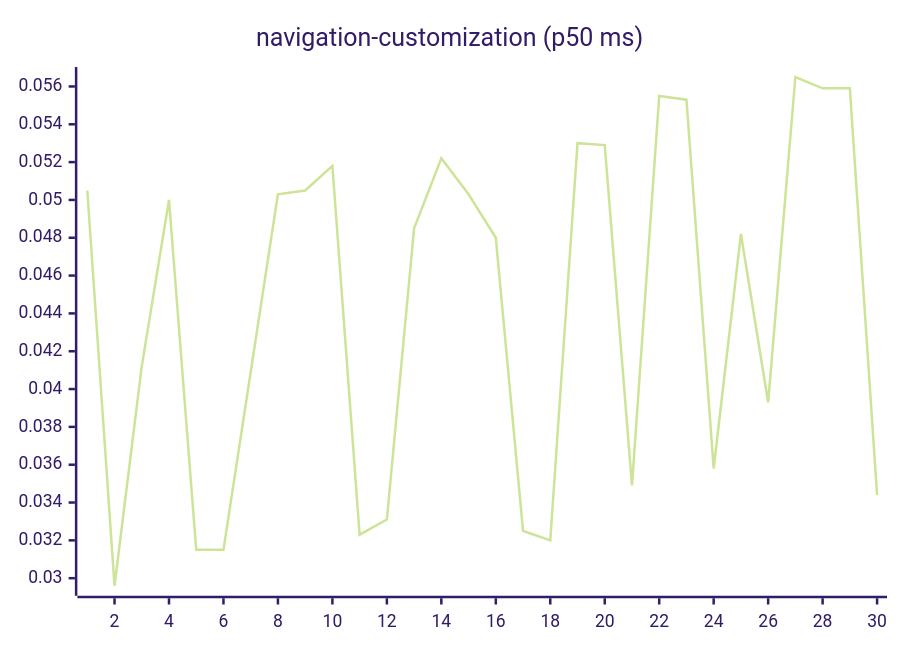
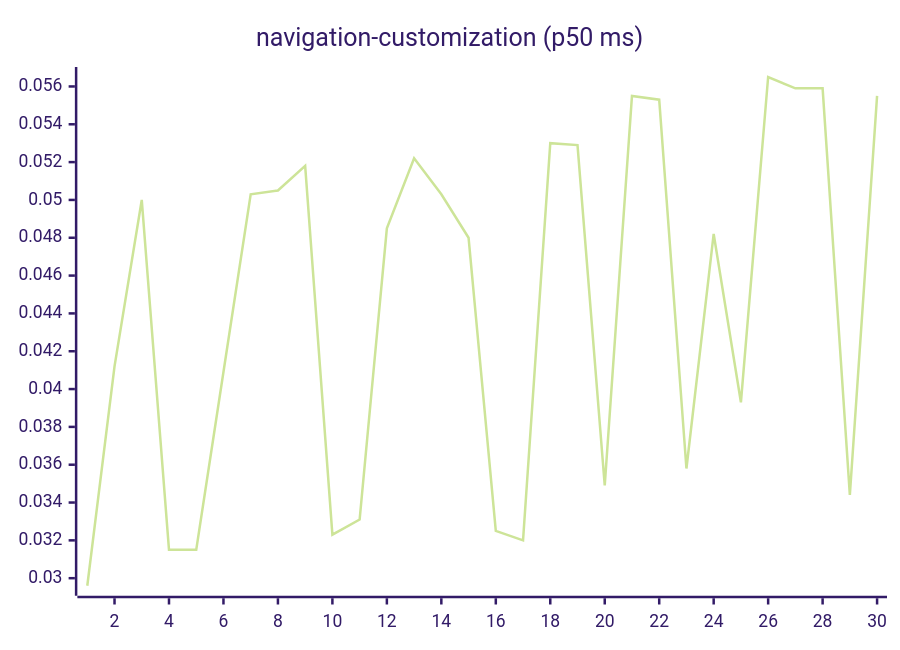
Before and after one commit to josha/Facet: diagram 15 of 27 in README.md, drawn with Mermaid (forest theme). The commit also changed other lines of this file and 2 other files, not shown here.

````diff
--- a/README.md
+++ b/README.md
@@ -161,6 +161,6 @@
 ```mermaid
 xychart-beta
     title "navigation-customization (p50 ms)"
     x-axis 1 --> 30
-    line [0.0505, 0.0296, 0.0412, 0.0500, 0.0315, 0.0315, 0.0409, 0.0503, 0.0505, 0.0518, 0.0323, 0.0331, 0.0485, 0.0522, 0.0503, 0.0480, 0.0325, 0.0320, 0.0530, 0.0529, 0.0349, 0.0555, 0.0553, 0.0358, 0.0482, 0.0393, 0.0565, 0.0559, 0.0559, 0.0344]
+    line [0.0296, 0.0412, 0.0500, 0.0315, 0.0315, 0.0409, 0.0503, 0.0505, 0.0518, 0.0323, 0.0331, 0.0485, 0.0522, 0.0503, 0.0480, 0.0325, 0.0320, 0.0530, 0.0529, 0.0349, 0.0555, 0.0553, 0.0358, 0.0482, 0.0393, 0.0565, 0.0559, 0.0559, 0.0344, 0.0555]
 ```
````
